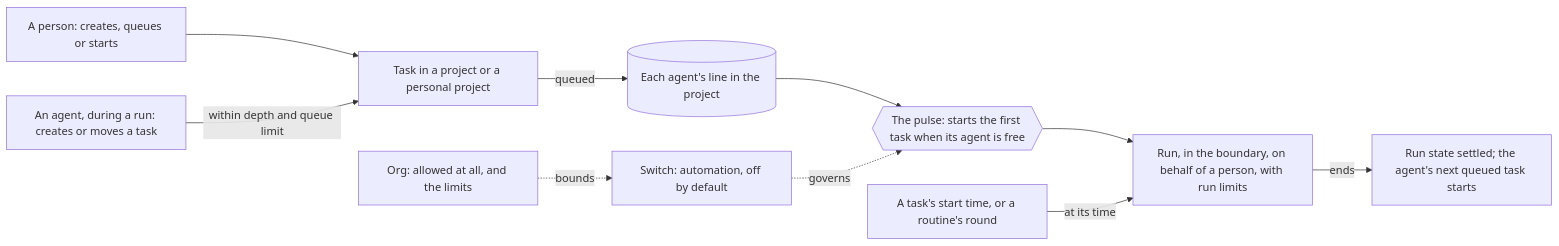
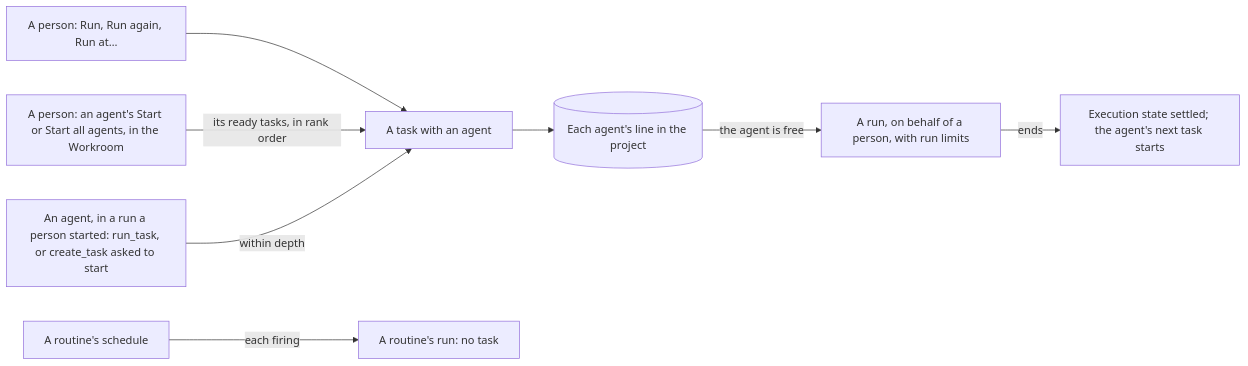
One commit to solution84-com/agenthix changed the diagram in docs/concepts/tasks/automation.md. Above: the diagram before and after it, drawn with Mermaid. The commit also changed other lines of this file and 60 other files, not shown here.

````diff
--- a/docs/concepts/tasks/automation.md
+++ b/docs/concepts/tasks/automation.md
@@ -3,12 +3,10 @@
 ```mermaid
 flowchart LR
-    P["A person: creates, queues or starts"] --> T["Task in a project or a personal project"]
-    A["An agent, during a run: creates or moves a task"] -->|"within depth and queue limit"| T
-    T -->|"queued"| L[("Each agent's line in the project")]
-    L --> PU{{"The pulse: starts the first task when its agent is free"}}
-    SW["Switch: automation, off by default"] -.->|"governs"| PU
-    ORG["Org: allowed at all, and the limits"] -.->|"bounds"| SW
-    PU --> R["Run, in the boundary, on behalf of a person, with run limits"]
-    SCH["A task's start time, or a routine's round"] -->|"at its time"| R
-    R -->|"ends"| T2["Run state settled; the agent's next queued task starts"]
+    P["A person: Run, Run again, Run at…"] --> T["A task with an agent"]
+    W["A person: an agent's Start or Start all agents, in the Workroom"] -->|"its ready tasks, in rank order"| T
+    A["An agent, in a run a person started: run_task, or create_task asked to start"] -->|"within depth"| T
+    T --> L[("Each agent's line in the project")]
+    L -->|"the agent is free"| R["A run, on behalf of a person, with run limits"]
+    R -->|"ends"| N["Execution state settled; the agent's next task starts"]
+    SCH["A routine's schedule"] -->|"each firing"| RR["A routine's run: no task"]
 ```
````
